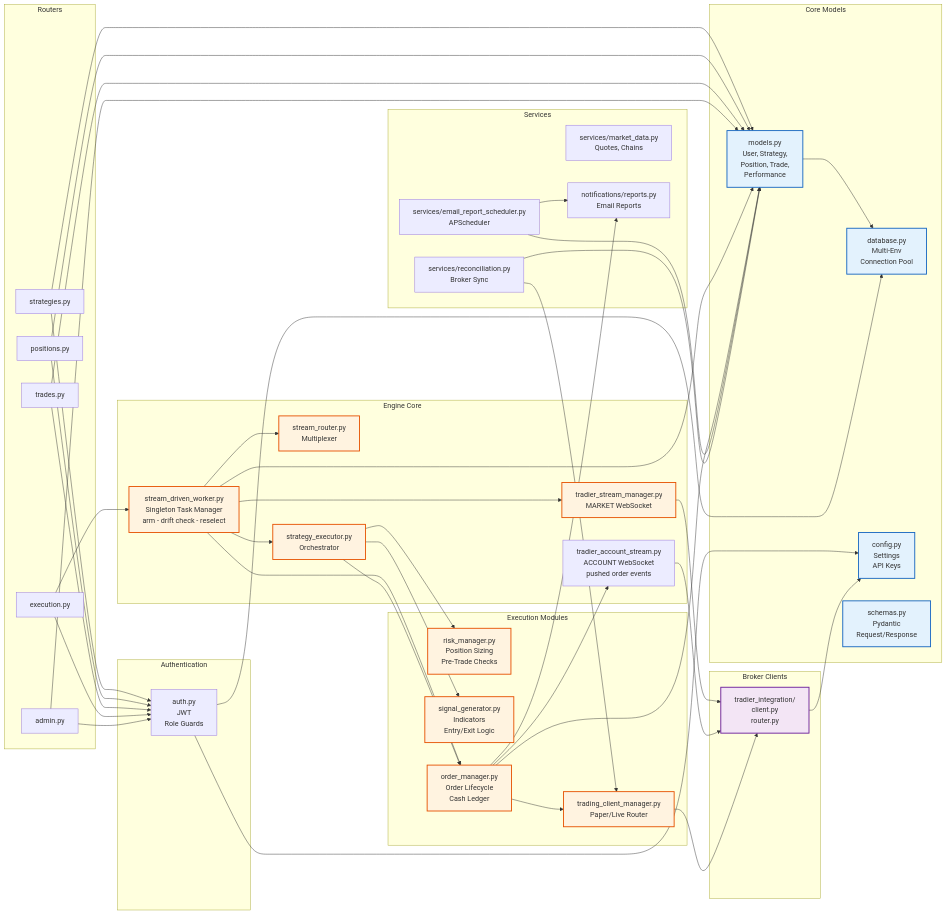
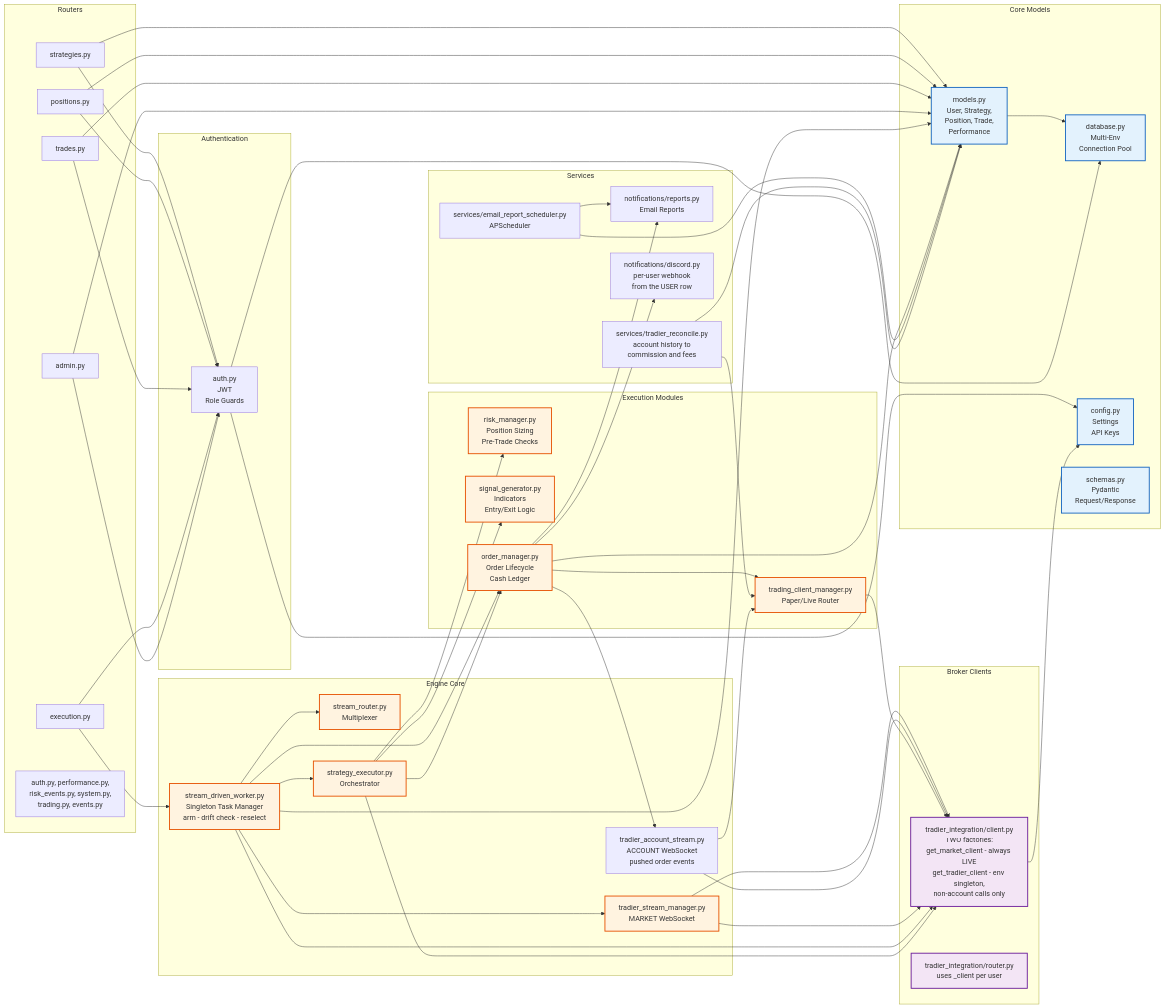
One commit to PirateKingSteve-0/VegaPunkR changed the fifth of 11 diagrams in docs/architecture-diagram.md. Above: the diagram before and after it, drawn with Mermaid. The commit also changed other lines of this file, not shown here.

Commit message:
FIX - arch diagram

````diff
--- a/docs/architecture-diagram.md
+++ b/docs/architecture-diagram.md
@@ -484,6 +494,7 @@
         R3[trades.py]
         R4[execution.py]
         R5[admin.py]
+        R6[auth.py, performance.py,<br/>risk_events.py, system.py,<br/>trading.py, events.py]
     end
 
     subgraph "Engine Core"
@@ -502,14 +513,15 @@
     end
 
     subgraph "Broker Clients"
-        TC[tradier_integration/<br/>client.py<br/>router.py]
+        TC[tradier_integration/client.py<br/>TWO factories:<br/>get_market_client - always LIVE<br/>get_tradier_client - env singleton,<br/>non-account calls only]
+        TR[tradier_integration/router.py<br/>uses _client per user]
     end
 
     subgraph "Services"
-        MKT[services/market_data.py<br/>Quotes, Chains]
         RPT[notifications/reports.py<br/>Email Reports]
         SCHED[services/email_report_scheduler.py<br/>APScheduler]
-        RECON[services/reconciliation.py<br/>Broker Sync]
+        RECON[services/tradier_reconcile.py<br/>account history to<br/>commission and fees]
+        DISC[notifications/discord.py<br/>per-user webhook<br/>from the USER row]
     end
 
     %% Dependencies
@@ -556,6 +568,11 @@
 
     RECON --> TCM
     RECON --> M
+    OM --> DISC
+    TAS --> TCM
+    TSM --> TC
+    SDW --> TC
+    SE --> TC
 
     classDef core fill:#e3f2fd,stroke:#1565c0,stroke-width:2px
     classDef engine fill:#fff3e0,stroke:#e65100,stroke-width:2px
@@ -563,5 +580,5 @@
 
     class M,DB,CFG,SCH core
     class SDW,TSM,SR,SE,RM,SG,OM,TCM engine
-    class TC broker
+    class TC,TR broker
 ```
````
